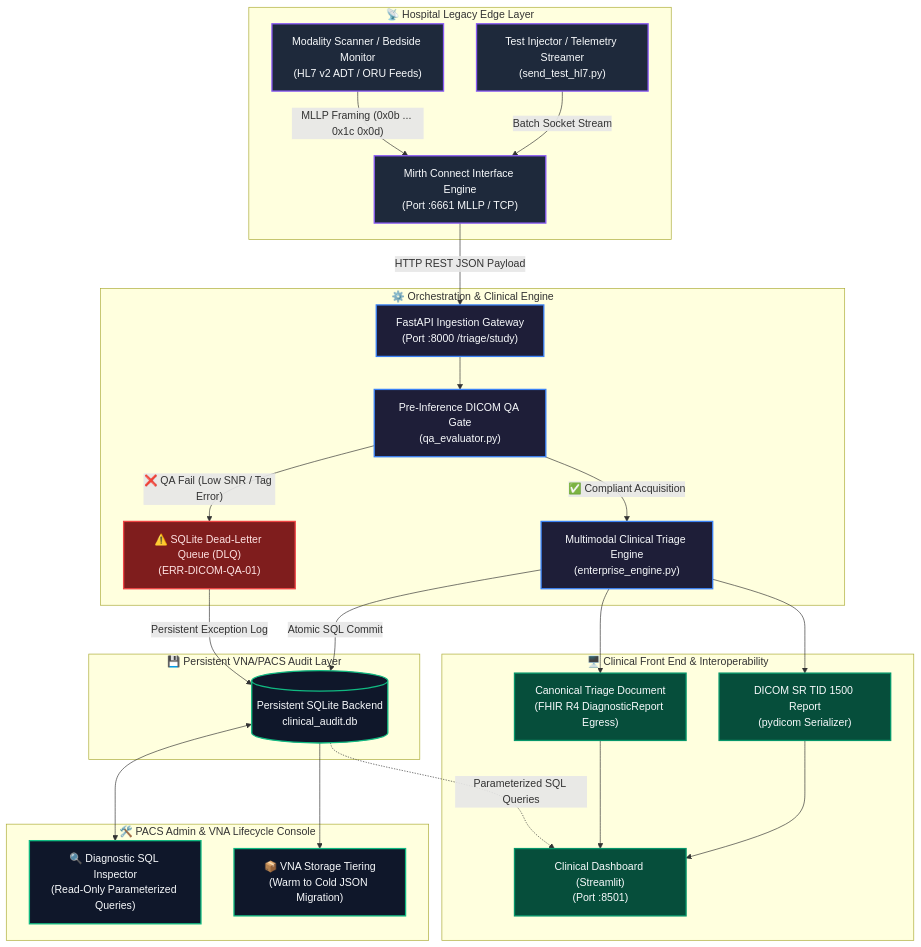
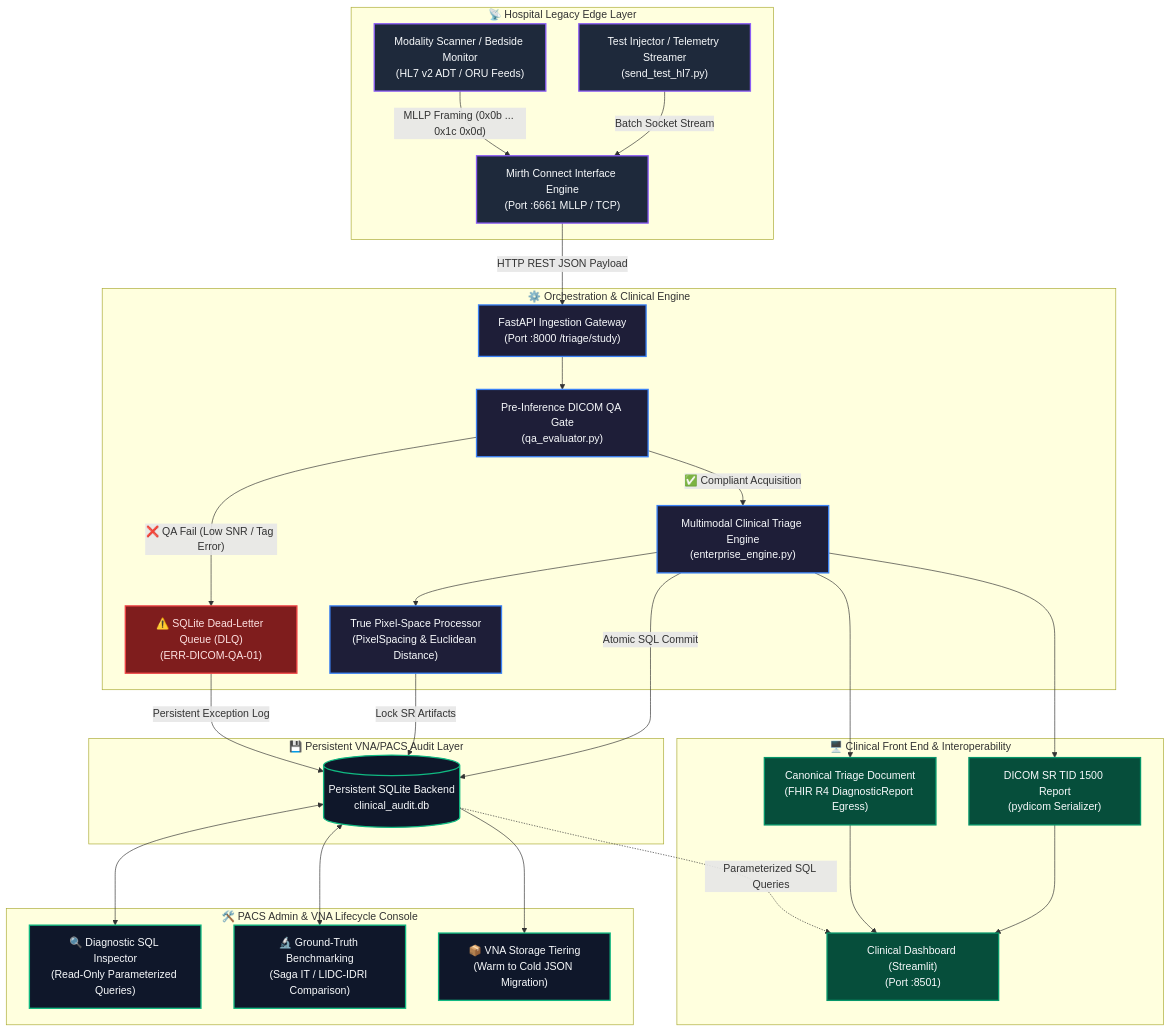
Before and after one commit to dammyoguntuyi-ui/Clinical-AI-Triage-Pipeline: the diagram in README.md, drawn with Mermaid. The commit also changed other lines of this file, not shown here.

Commit message:
docs: update README with true pixel-space extraction, SQLite persistence, and expert ground-truth validation benchmarks

````diff
--- a/README.md
+++ b/README.md
@@ -38,61 +38,66 @@
 ```mermaid
 flowchart TD
     subgraph Ingress["📡 Hospital Legacy Edge Layer"]
         Scanner["Modality Scanner / Bedside Monitor<br/>(HL7 v2 ADT / ORU Feeds)"]
         Streamer["Test Injector / Telemetry Streamer<br/>(send_test_hl7.py)"]
         Mirth["Mirth Connect Interface Engine<br/>(Port :6661 MLLP / TCP)"]
         
         Scanner -->|"MLLP Framing (0x0b ... 0x1c 0x0d)"| Mirth
         Streamer -->|"Batch Socket Stream"| Mirth
     end
 
     subgraph Orchestration["⚙️ Orchestration & Clinical Engine"]
         FastAPI["FastAPI Ingestion Gateway<br/>(Port :8000 /triage/study)"]
         QAGate["Pre-Inference DICOM QA Gate<br/>(qa_evaluator.py)"]
         TriageEngine["Multimodal Clinical Triage Engine<br/>(enterprise_engine.py)"]
+        PixelProc["True Pixel-Space Processor<br/>(PixelSpacing & Euclidean Distance)"]
         Quarantine["⚠️ SQLite Dead-Letter Queue (DLQ)<br/>(ERR-DICOM-QA-01)"]
         
         Mirth -->|"HTTP REST JSON Payload"| FastAPI
         FastAPI --> QAGate
         QAGate -->|"❌ QA Fail (Low SNR / Tag Error)"| Quarantine
         QAGate -->|"✅ Compliant Acquisition"| TriageEngine
+        TriageEngine --> PixelProc
     end
 
     subgraph Persistence["💾 Persistent VNA/PACS Audit Layer"]
         SQLDB[("Persistent SQLite Backend<br/>clinical_audit.db")]
         TriageEngine -->|"Atomic SQL Commit"| SQLDB
+        PixelProc -->|"Lock SR Artifacts"| SQLDB
         Quarantine -->|"Persistent Exception Log"| SQLDB
     end
 
     subgraph Governance["🛠️ PACS Admin & VNA Lifecycle Console"]
         SQLInspector["🔍 Diagnostic SQL Inspector<br/>(Read-Only Parameterized Queries)"]
+        Benchmark["🔬 Ground-Truth Benchmarking<br/>(Saga IT / LIDC-IDRI Comparison)"]
         VNAMigration["📦 VNA Storage Tiering<br/>(Warm to Cold JSON Migration)"]
         
         SQLDB <--> SQLInspector
+        SQLDB <--> Benchmark
         SQLDB --> VNAMigration
     end
 
     subgraph Egress["🖥️ Clinical Front End & Interoperability"]
         UI["Clinical Dashboard (Streamlit)<br/>(Port :8501)"]
         FHIRReport["Canonical Triage Document<br/>(FHIR R4 DiagnosticReport Egress)"]
         DICOMSR["DICOM SR TID 1500 Report<br/>(pydicom Serializer)"]
         
         SQLDB -.->|"Parameterized SQL Queries"| UI
         TriageEngine --> FHIRReport
         TriageEngine --> DICOMSR
         FHIRReport --> UI
         DICOMSR --> UI
     end
 
     classDef edge fill:#1e293b,stroke:#8b5cf6,stroke-width:2px,color:#f8fafc;
     classDef orch fill:#1e1e38,stroke:#3b82f6,stroke-width:2px,color:#f8fafc;
     classDef danger fill:#7f1d1d,stroke:#ef4444,stroke-width:2px,color:#fee2e2;
     classDef state fill:#0f172a,stroke:#10b981,stroke-width:2px,color:#f8fafc;
     classDef egress fill:#064e3b,stroke:#059669,stroke-width:2px,color:#f8fafc;
 
     class Scanner,Streamer,Mirth edge;
-    class FastAPI,QAGate,TriageEngine orch;
+    class FastAPI,QAGate,TriageEngine,PixelProc orch;
     class Quarantine danger;
-    class SQLDB,SQLInspector,VNAMigration state;
+    class SQLDB,SQLInspector,Benchmark,VNAMigration state;
     class UI,FHIRReport,DICOMSR egress;
 ```
````
